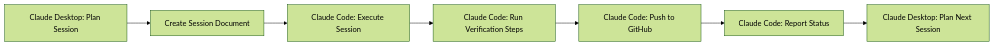
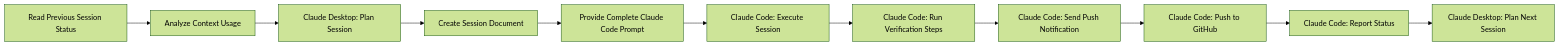
One commit to OAS-Development/Bara-v1 changed the diagram in TWO_ACTOR_MODEL.md. Above: the diagram before and after it, drawn with Mermaid (forest theme). The commit also changed other lines of this file and 150 other files, not shown here.

````diff
--- a/TWO_ACTOR_MODEL.md
+++ b/TWO_ACTOR_MODEL.md
@@ -35,9 +39,13 @@
 ```mermaid
 graph LR
-    A[Claude Desktop: Plan Session] --> B[Create Session Document]
-    B --> C[Claude Code: Execute Session]
-    C --> D[Claude Code: Run Verification Steps]
-    D --> E[Claude Code: Push to GitHub]
-    E --> F[Claude Code: Report Status]
-    F --> G[Claude Desktop: Plan Next Session]
+    A[Read Previous Session Status] --> B[Analyze Context Usage]
+    B --> C[Claude Desktop: Plan Session]
+    C --> D[Create Session Document]
+    D --> E[Provide Complete Claude Code Prompt]
+    E --> F[Claude Code: Execute Session]
+    F --> G[Claude Code: Run Verification Steps]
+    G --> H[Claude Code: Send Push Notification]
+    H --> I[Claude Code: Push to GitHub]
+    I --> J[Claude Code: Report Status]
+    J --> K[Claude Desktop: Plan Next Session]
 ```
````
